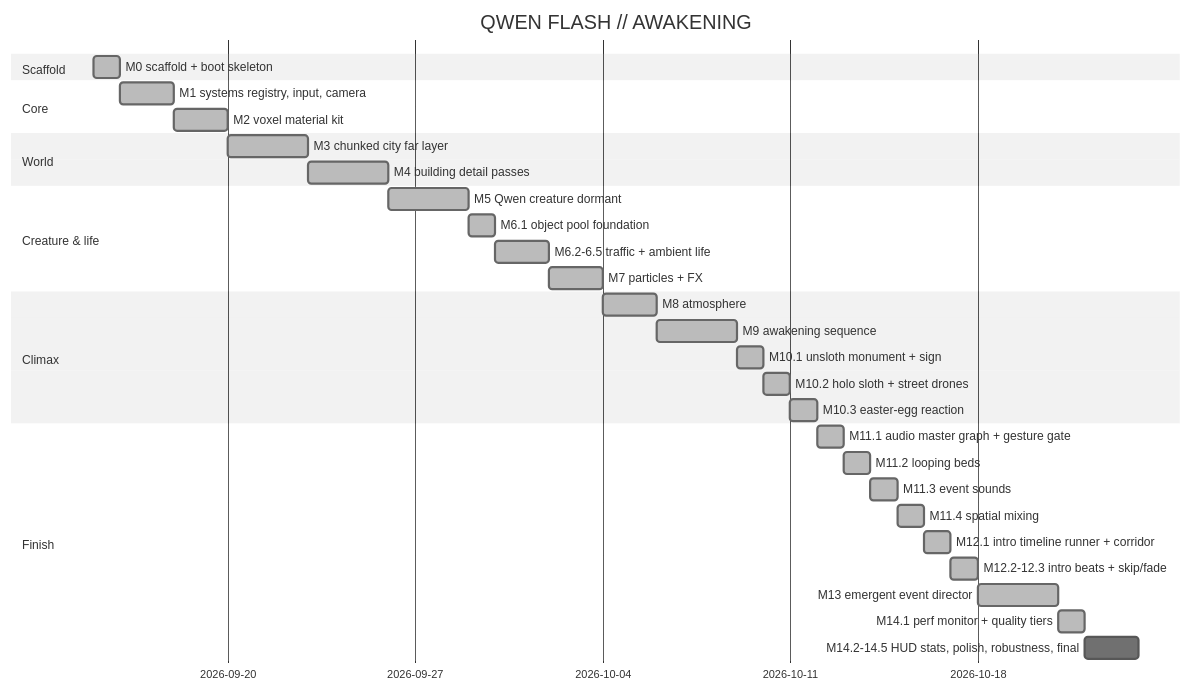
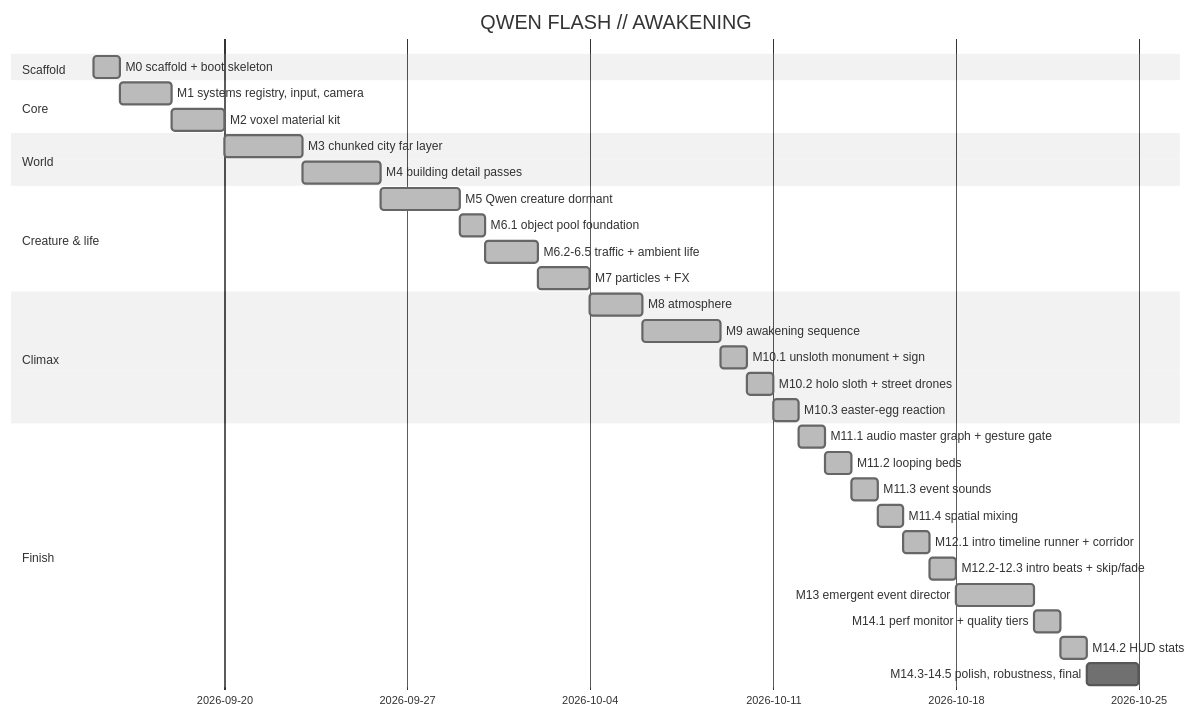
Before and after one commit to dilled/3dVoxelDemo: the diagram in brain/roadmap.md, drawn with Mermaid (neutral theme). The commit also changed other lines of this file and 2 other files, not shown here.

````diff
--- a/brain/roadmap.md
+++ b/brain/roadmap.md
@@ -12,34 +12,35 @@
 ```mermaid
 gantt
   title QWEN FLASH // AWAKENING
   dateFormat YYYY-MM-DD
   section Scaffold
   M0 scaffold + boot skeleton :done, m0, 2026-09-15, 1d
   section Core
   M1 systems registry, input, camera :done, m1, after m0, 2d
   M2 voxel material kit :done, m2, after m1, 2d
   section World
   M3 chunked city far layer :done, m3, after m2, 3d
   M4 building detail passes :done, m4, after m3, 3d
   section Creature & life
   M5 Qwen creature dormant :done, m5, after m4, 3d
   M6.1 object pool foundation :done, m61, after m5, 1d
   M6.2-6.5 traffic + ambient life :done, m6, after m61, 2d
   M7 particles + FX :done, m7, after m6, 2d
   section Climax
   M8 atmosphere :done, m8, after m7, 2d
   M9 awakening sequence :done, m9, after m8, 3d
   M10.1 unsloth monument + sign :done, m101, after m9, 1d
   M10.2 holo sloth + street drones :done, m102, after m101, 1d
   M10.3 easter-egg reaction :done, m103, after m102, 1d
   section Finish
   M11.1 audio master graph + gesture gate :done, m111, after m103, 1d
   M11.2 looping beds :done, m112, after m111, 1d
   M11.3 event sounds :done, m113, after m112, 1d
   M11.4 spatial mixing :done, m114, after m113, 1d
   M12.1 intro timeline runner + corridor :done, m121, after m114, 1d
   M12.2-12.3 intro beats + skip/fade :done, m12, after m121, 1d
   M13 emergent event director :done, m13, after m12, 3d
   M14.1 perf monitor + quality tiers :done, m141, after m13, 1d
-  M14.2-14.5 HUD stats, polish, robustness, final :m14, after m141, 2d
+  M14.2 HUD stats :done, m142, after m141, 1d
+  M14.3-14.5 polish, robustness, final :m14, after m142, 2d
 ```
````
